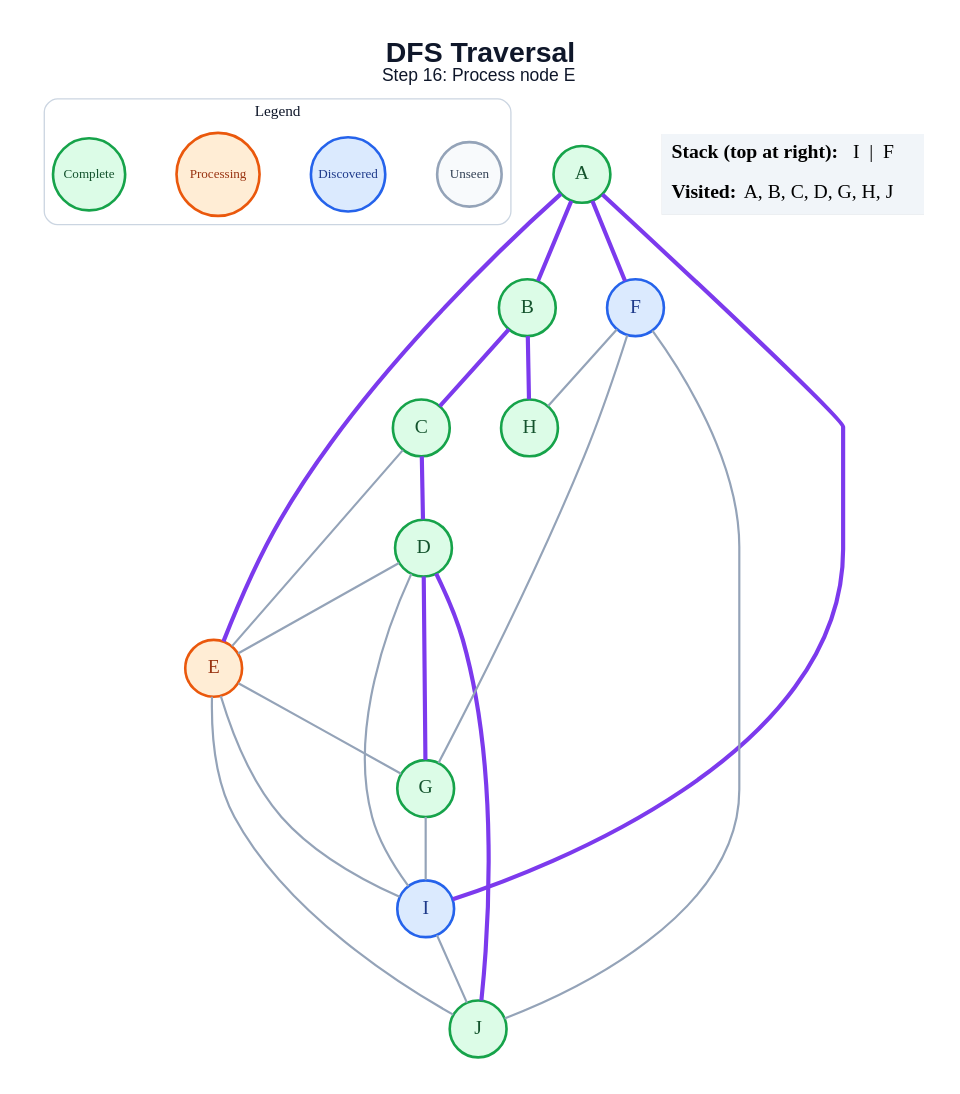
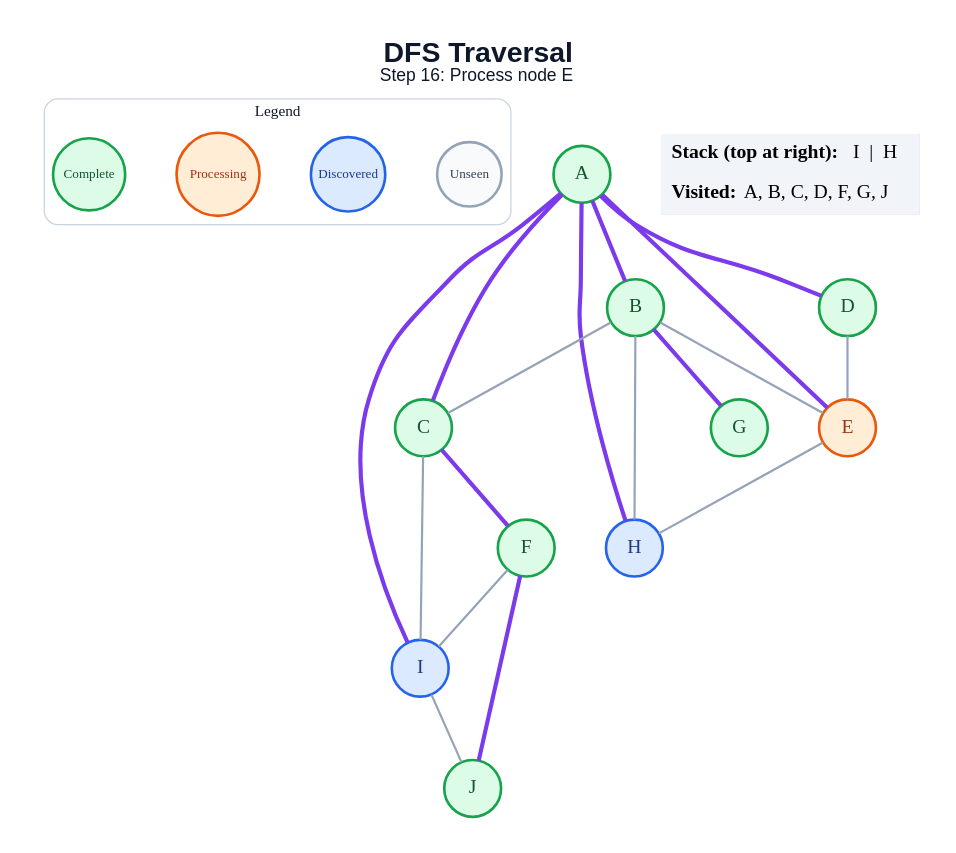
Before and after one commit to amanghodawala9/ai-slop: the diagram in generated/dfs/step_16.dot, drawn with Graphviz. The commit also changed 178 other files, not shown here.

```diff
--- a/generated/dfs/step_16.dot
+++ b/generated/dfs/step_16.dot
@@ -1,49 +1,46 @@
 graph traversal {
   graph [layout=dot, rankdir=TB, bgcolor="#FFFFFF", pad="0.35", nodesep="0.65", ranksep="0.8", fontname="Arial"];
   node [shape=circle, style="filled", fontname="Arial Bold", fontsize=18, width=0.72, fixedsize=true, penwidth=2.4];
   edge [color="#94A3B8", penwidth=2.0];
   label=<<B>DFS Traversal</B><BR/><FONT POINT-SIZE="16">Step 16: Process node E</FONT>>; labelloc="t"; fontsize=26; fontname="Arial"; fontcolor="#0F172A";
   subgraph cluster_legend { label="Legend"; color="#CBD5E1"; penwidth=1.2; style="rounded"; fontsize=14; fontname="Arial Bold";
     key_unseen [label="Unseen", fillcolor="#F8FAFC", color="#94A3B8", fontcolor="#334155", fontsize=12, width=0.82];
     key_frontier [label="Discovered", fillcolor="#DBEAFE", color="#2563EB", fontcolor="#1E3A8A", fontsize=12, width=0.95];
     key_current [label="Processing", fillcolor="#FFEDD5", color="#EA580C", fontcolor="#9A3412", fontsize=12, width=1.05];
     key_done [label="Complete", fillcolor="#DCFCE7", color="#16A34A", fontcolor="#14532D", fontsize=12, width=0.92];
     { rank=same; key_unseen; key_frontier; key_current; key_done; }
   }
   A [fillcolor="#DCFCE7", color="#16A34A", fontcolor="#14532D"];
   B [fillcolor="#DCFCE7", color="#16A34A", fontcolor="#14532D"];
   C [fillcolor="#DCFCE7", color="#16A34A", fontcolor="#14532D"];
   D [fillcolor="#DCFCE7", color="#16A34A", fontcolor="#14532D"];
   E [fillcolor="#FFEDD5", color="#EA580C", fontcolor="#9A3412"];
-  F [fillcolor="#DBEAFE", color="#2563EB", fontcolor="#1E3A8A"];
+  F [fillcolor="#DCFCE7", color="#16A34A", fontcolor="#14532D"];
   G [fillcolor="#DCFCE7", color="#16A34A", fontcolor="#14532D"];
-  H [fillcolor="#DCFCE7", color="#16A34A", fontcolor="#14532D"];
+  H [fillcolor="#DBEAFE", color="#2563EB", fontcolor="#1E3A8A"];
   I [fillcolor="#DBEAFE", color="#2563EB", fontcolor="#1E3A8A"];
   J [fillcolor="#DCFCE7", color="#16A34A", fontcolor="#14532D"];
   A -- B [color="#7C3AED", penwidth=3.8];
+  A -- C [color="#7C3AED", penwidth=3.8];
+  A -- D [color="#7C3AED", penwidth=3.8];
   A -- E [color="#7C3AED", penwidth=3.8];
-  A -- F [color="#7C3AED", penwidth=3.8];
+  A -- H [color="#7C3AED", penwidth=3.8];
   A -- I [color="#7C3AED", penwidth=3.8];
-  B -- C [color="#7C3AED", penwidth=3.8];
-  B -- H [color="#7C3AED", penwidth=3.8];
-  C -- D [color="#7C3AED", penwidth=3.8];
-  C -- E;
+  B -- C;
+  B -- E;
+  B -- G [color="#7C3AED", penwidth=3.8];
+  B -- H;
+  C -- F [color="#7C3AED", penwidth=3.8];
+  C -- I;
   D -- E;
-  D -- G [color="#7C3AED", penwidth=3.8];
-  D -- I;
-  D -- J [color="#7C3AED", penwidth=3.8];
-  E -- G;
-  E -- I;
-  E -- J;
-  F -- G;
-  F -- H;
-  F -- J;
-  G -- I;
+  E -- H;
+  F -- I;
+  F -- J [color="#7C3AED", penwidth=3.8];
   I -- J;
   status [shape=plain, fixedsize=false, width=0, height=0, margin=0, label=<
     <TABLE BORDER="0" CELLBORDER="0" CELLPADDING="7" BGCOLOR="#F1F5F9">
-      <TR><TD ALIGN="LEFT"><B>Stack (top at right):</B> I  |  F</TD></TR>
-      <TR><TD ALIGN="LEFT"><B>Visited:</B> A, B, C, D, G, H, J</TD></TR>
+      <TR><TD ALIGN="LEFT"><B>Stack (top at right):</B> I  |  H</TD></TR>
+      <TR><TD ALIGN="LEFT"><B>Visited:</B> A, B, C, D, F, G, J</TD></TR>
     </TABLE>
   >];
 }
```
